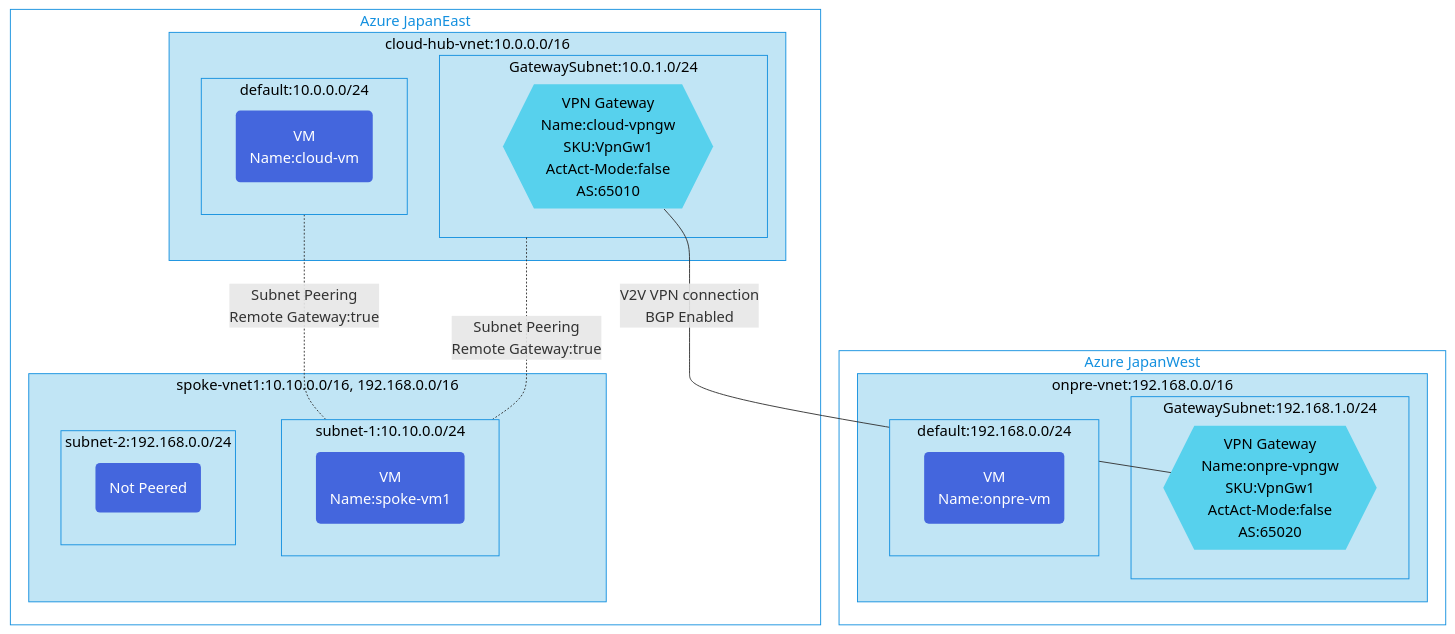
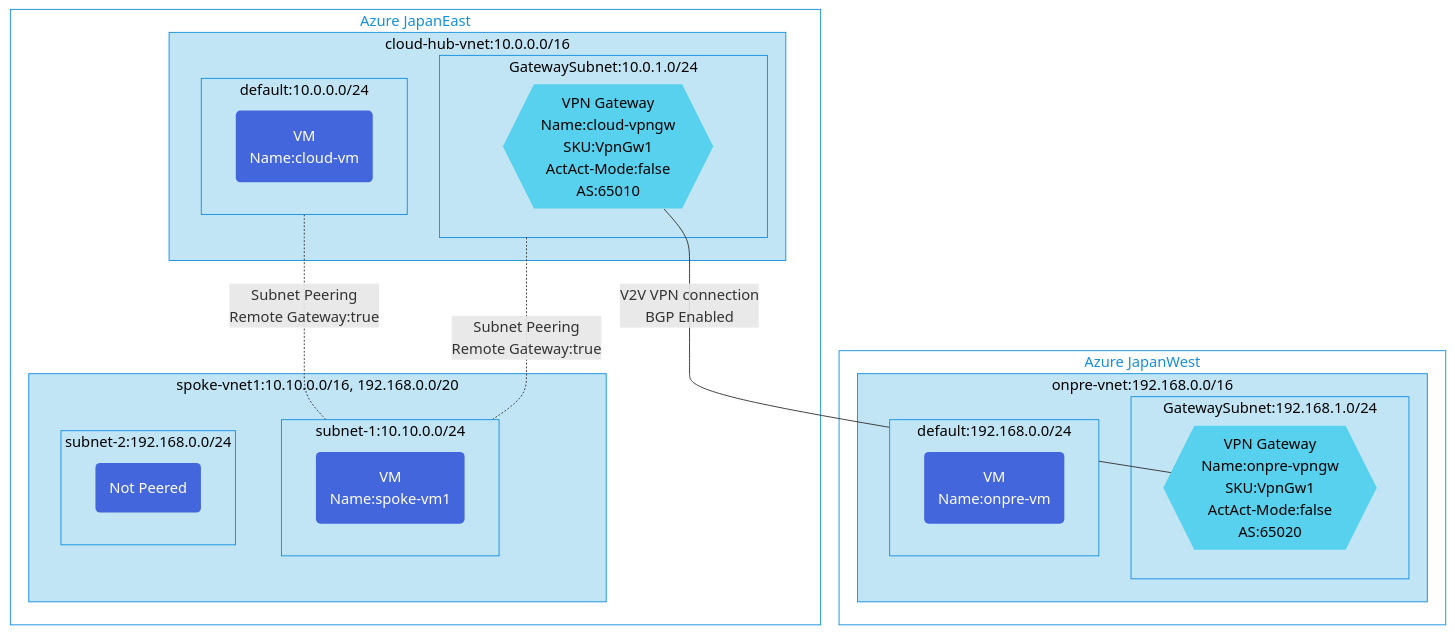
One commit to toizumi03/bicep-templates changed the diagram in hub-spoke-subnetpeering-env/README.md. Above: the diagram before and after it, drawn with Mermaid. The commit also changed other lines of this file, not shown here.

````diff
--- a/hub-spoke-subnetpeering-env/README.md
+++ b/hub-spoke-subnetpeering-env/README.md
@@ -4,55 +4,55 @@
 ```mermaid
 graph TB;
 %% Groups and Services
 subgraph GR1[Azure JapanEast]
   subgraph GV1[cloud-hub-vnet:10.0.0.0/16]
       subgraph GVS2[GatewaySubnet:10.0.1.0/24]
         VPNGW1{{"VPN Gateway<br/>Name:cloud-vpngw<br/>SKU:VpnGw1<br/>ActAct-Mode:false<br/>AS:65010"}}
       end
       subgraph GVS1[default:10.0.0.0/24]
         CP1("VM<br/>Name:cloud-vm")
       end
   end
-  subgraph GV2[spoke-vnet1:10.10.0.0/16, 192.168.0.0/16]
+  subgraph GV2[spoke-vnet1:10.10.0.0/16, 192.168.0.0/20]
       subgraph GVS3[subnet-1:10.10.0.0/24]
         CP3("VM<br/>Name:spoke-vm1")
       end
       subgraph GVS4[subnet-2:192.168.0.0/24]
         CP4("Not Peered")
       end
   end
 end
 subgraph GR2[Azure JapanWest]
   subgraph ONPV1[onpre-vnet:192.168.0.0/16]
      subgraph ONPS1[GatewaySubnet:192.168.1.0/24]
       VPNGW2{{"VPN Gateway<br/>Name:onpre-vpngw<br/>SKU:VpnGw1<br/>ActAct-Mode:false<br/>AS:65020"}}
     end
       subgraph ONPS2[default:192.168.0.0/24]
         CP2("VM<br/>Name:onpre-vm")
     end
   end
 end
 
 %% Relation for resources
 VPNGW1 --V2V VPN connection<br/>BGP Enabled--- VPNGW2
 GVS1 -.Subnet Peering<br/>Remote Gateway:true.-GVS3
 GVS2 -.Subnet Peering<br/>Remote Gateway:true.-GVS3
 
 %% Groups style
 classDef GSR fill:#fff,color:#1490df,stroke:#1490df
 class GR1,GR2 GSR
 
 classDef SGV1 fill:#c1e5f5,color:#000,stroke:#1490df
 class GV1,GV2,GVS1,GVS2,GVS3,GVS4 SGV1
 
 classDef SGonpV fill:#c1e5f5,color:#000,stroke:#1490df
 class ONPV1,ONPS1,ONPS2 SGonpV
  
 %% Service Style
 classDef SCP fill:#4466dd,color:#fff,stroke:none
 class CP1,CP2,CP3,CP4 SCP
 
 classDef SVPNGW fill:#57d1ed,color:#000,stroke:none
 class VPNGW1,VPNGW2 SVPNGW
 
 ```
````
